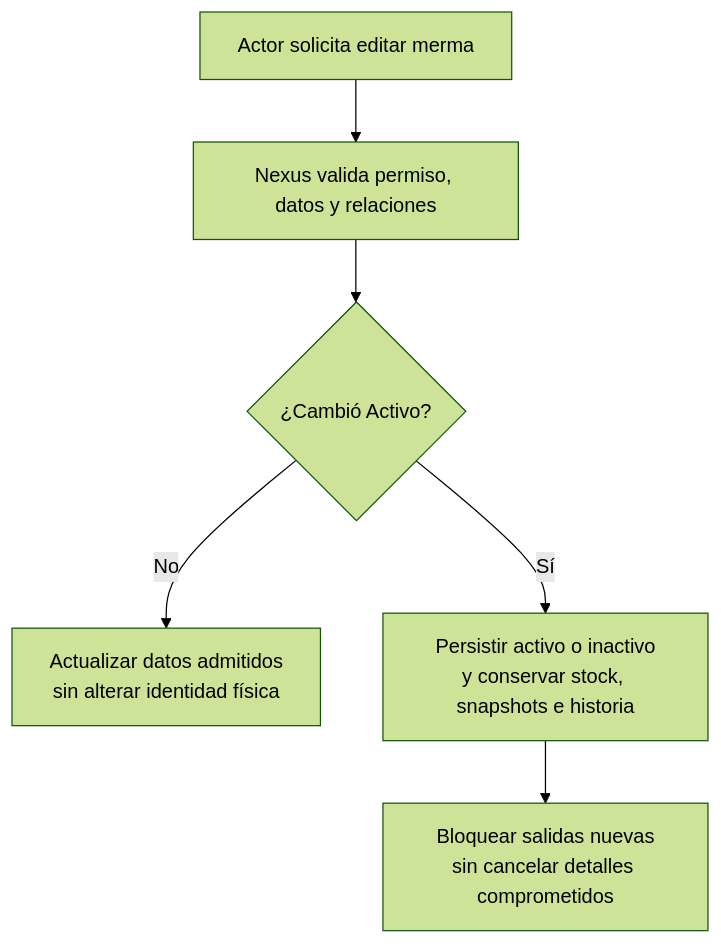
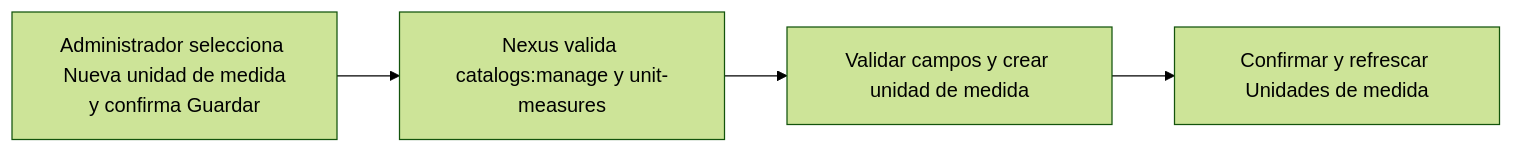
The diagram in docs/requirements/diagrams/catalogs/cu-cat-20.md (gpgsistemas01/nexus), drawn with Mermaid (forest theme) before and after one commit. The commit also changed other lines of this file and 287 other files, not shown here.

````diff
--- a/docs/requirements/diagrams/catalogs/cu-cat-20.md
+++ b/docs/requirements/diagrams/catalogs/cu-cat-20.md
@@ -3,8 +3,6 @@
 ```mermaid
-flowchart TD
-    request["Actor solicita editar merma"] --> validate["Nexus valida permiso, datos y relaciones"]
-    validate --> active{"¿Cambió Activo?"}
-    active -->|No| result["Actualizar datos admitidos<br/>sin alterar identidad física"]
-    active -->|Sí| preserve["Persistir activo o inactivo<br/>y conservar stock, snapshots e historia"]
-    preserve --> boundary["Bloquear salidas nuevas<br/>sin cancelar detalles comprometidos"]
+flowchart LR
+    request["Administrador selecciona Nueva unidad de medida<br/>y confirma Guardar"] --> authorize["Nexus valida catalogs:manage y unit-measures"]
+    authorize --> persist["Validar campos y crear unidad de medida"]
+    persist --> result["Confirmar y refrescar Unidades de medida"]
 ```
````
